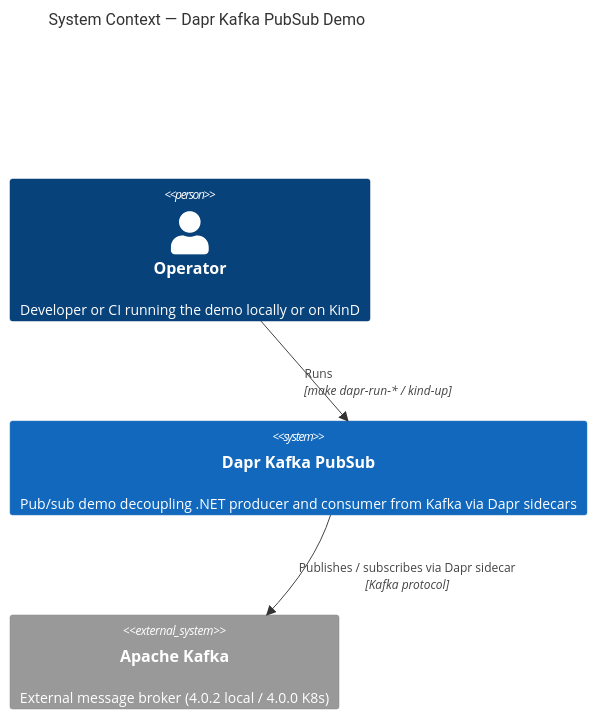
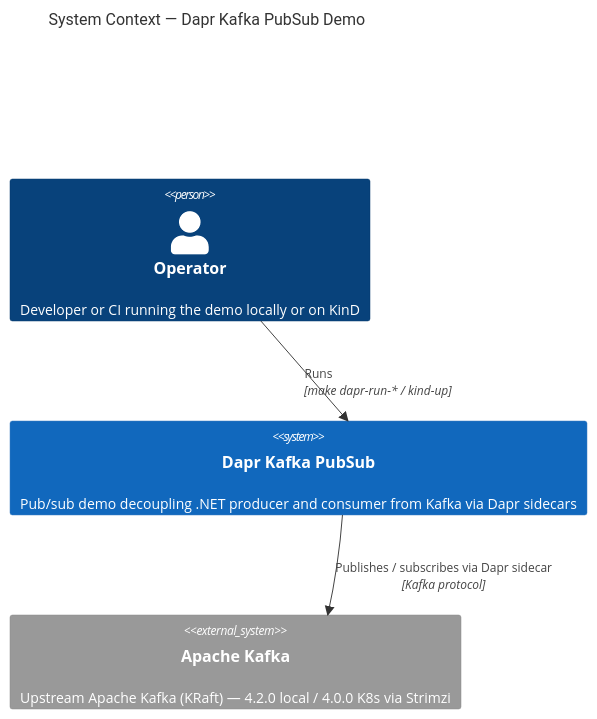
Before and after one commit to AndriyKalashnykov/dapr-kafka-csharp: the first of 4 diagrams in README.md, drawn with Mermaid. The commit also changed other lines of this file and 14 other files, not shown here.

First line of the commit message:
Project-review sweep + Strimzi K8s Kafka migration + pipeline hardening (#72)

````diff
--- a/README.md
+++ b/README.md
@@ -13,9 +13,9 @@
 ```mermaid
 C4Context
     title System Context — Dapr Kafka PubSub Demo
     Person(operator, "Operator", "Developer or CI running the demo locally or on KinD")
     System(dkc, "Dapr Kafka PubSub", "Pub/sub demo decoupling .NET producer and consumer from Kafka via Dapr sidecars")
-    System_Ext(kafka, "Apache Kafka", "External message broker (4.0.2 local / 4.0.0 K8s)")
+    System_Ext(kafka, "Apache Kafka", "Upstream Apache Kafka (KRaft) — 4.2.0 local / 4.0.0 K8s via Strimzi")
     Rel(operator, dkc, "Runs", "make dapr-run-* / kind-up")
     Rel(dkc, kafka, "Publishes / subscribes via Dapr sidecar", "Kafka protocol")
 ```
````
